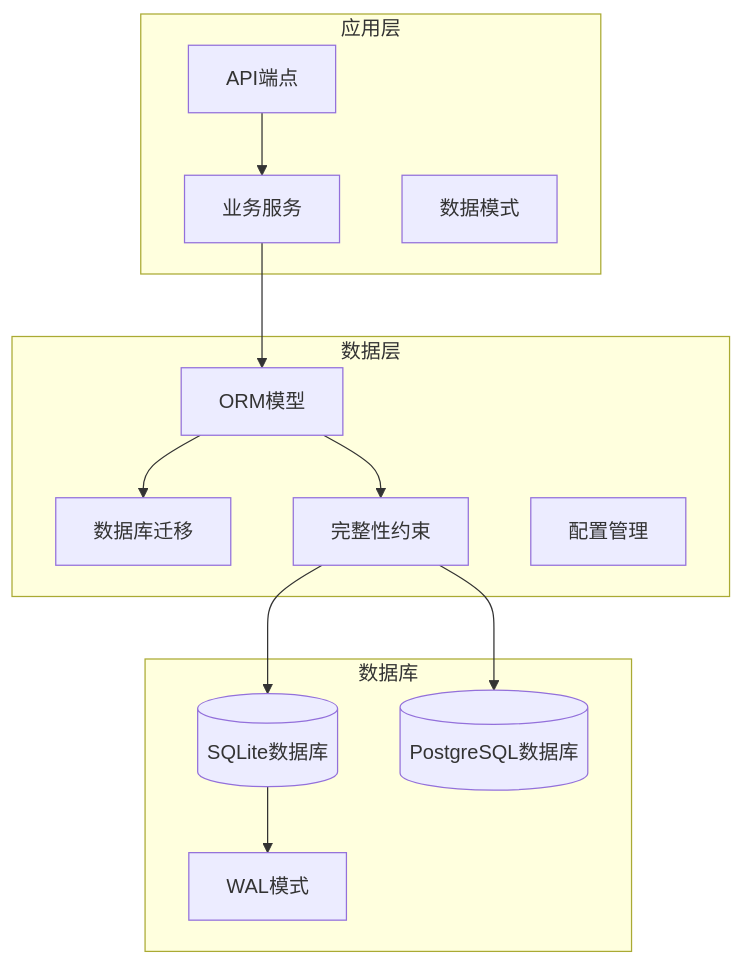
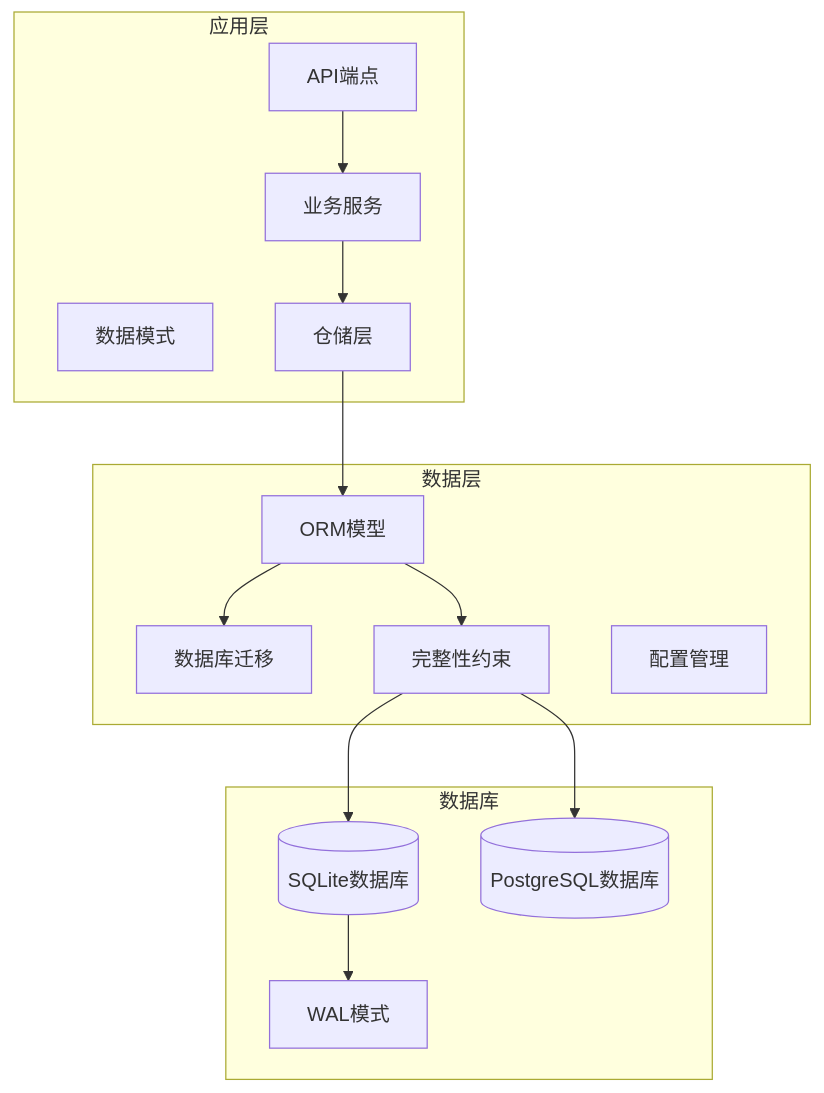
One commit to breeze-lyf/ai-stock-advisor changed the first of 14 diagrams in .qoder/repowiki/zh/content/数据库设计/数据库模式增强.md. Above: the diagram before and after it, drawn with Mermaid. The commit also changed other lines of this file and 43 other files, not shown here.

````diff
--- a/.qoder/repowiki/zh/content/数据库设计/数据库模式增强.md
+++ b/.qoder/repowiki/zh/content/数据库设计/数据库模式增强.md
@@ -59,26 +75,28 @@
 ```mermaid
 graph TB
 subgraph "应用层"
 API[API端点]
 Services[业务服务]
 Schemas[数据模式]
+Repositories[仓储层]
 end
 subgraph "数据层"
 Models[ORM模型]
 Migrations[数据库迁移]
 Constraints[完整性约束]
 Config[配置管理]
 end
 subgraph "数据库"
 SQLite[(SQLite数据库)]
 WAL[WAL模式]
 PostgreSQL[(PostgreSQL数据库)]
 end
 API --> Services
-Services --> Models
+Services --> Repositories
+Repositories --> Models
 Models --> Migrations
 Models --> Constraints
 Constraints --> SQLite
 Constraints --> PostgreSQL
 SQLite --> WAL
 ```
````
